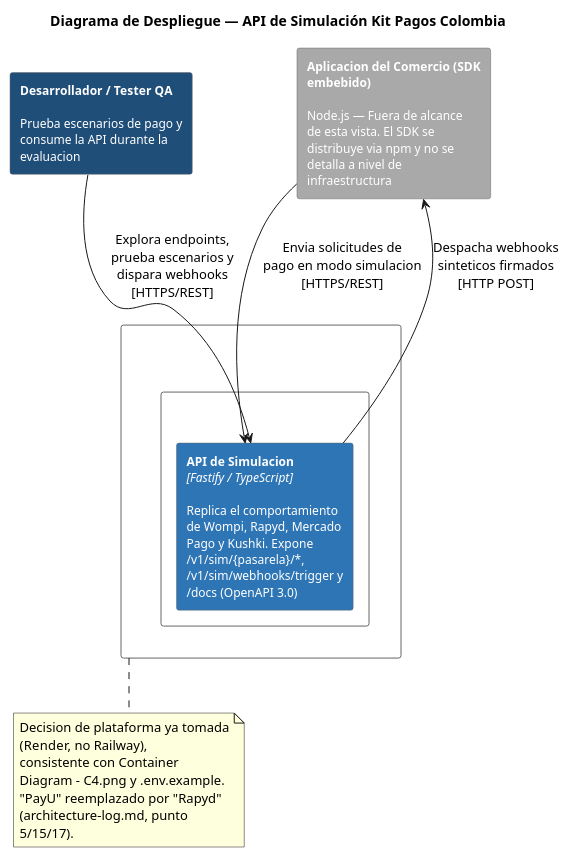
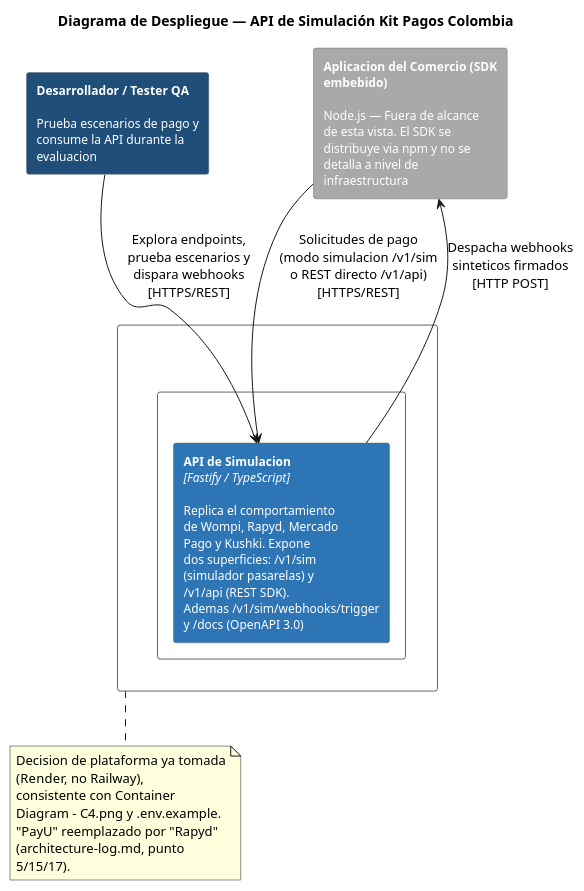
One commit to PurosBrothers/Kit-Pagos-Colombia---Tesis changed the diagram in docs/architecture/Simulador API/diagrams-source/deploy-diagram.puml. Above: the diagram before and after it, drawn with PlantUML. The commit also changed 12 other files, not shown here.

First line of the commit message:
docs(docs): update diagrams

```diff
--- a/docs/architecture/Simulador API/diagrams-source/deploy-diagram.puml
+++ b/docs/architecture/Simulador API/diagrams-source/deploy-diagram.puml
@@ -1,31 +1,31 @@
 @startuml Deploy Diagram - Simulador API
 title Diagrama de Despliegue — API de Simulación Kit Pagos Colombia
 skinparam backgroundColor white
 skinparam rectangleFontSize 12
 skinparam wrapWidth 210
 skinparam rectangle {
   BorderColor #666666
   ArrowColor #666666
   FontColor white
 }
 
 rectangle "**Desarrollador / Tester QA**\n\nPrueba escenarios de pago y\nconsume la API durante la\nevaluacion" as Dev #1F4E79
 rectangle "**Aplicacion del Comercio (SDK embebido)**\n\nNode.js — Fuera de alcance\nde esta vista. El SDK se\ndistribuye via npm y no se\ndetalla a nivel de\ninfraestructura" as Comercio #A9A9A9
 
 rectangle "Plataforma Cloud (Render)\n[Platform as a Service]" as Cloud #FFFFFF {
   rectangle "Instancia de Aplicacion\n[Node.js 18+ Runtime]" as Instance #FFFFFF {
-    rectangle "**API de Simulacion**\n<i>[Fastify / TypeScript]</i>\n\nReplica el comportamiento\nde Wompi, Rapyd, Mercado\nPago y Kushki. Expone\n/v1/sim/{pasarela}/*,\n/v1/sim/webhooks/trigger y\n/docs (OpenAPI 3.0)" as API #2E75B6
+    rectangle "**API de Simulacion**\n<i>[Fastify / TypeScript]</i>\n\nReplica el comportamiento\nde Wompi, Rapyd, Mercado\nPago y Kushki. Expone\ndos superficies: /v1/sim\n(simulador pasarelas) y\n/v1/api (REST SDK).\nAdemas /v1/sim/webhooks/trigger\ny /docs (OpenAPI 3.0)" as API #2E75B6
   }
 }
 
 Dev --> API : Explora endpoints,\nprueba escenarios y\ndispara webhooks\n[HTTPS/REST]
-Comercio --> API : Envia solicitudes de\npago en modo simulacion\n[HTTPS/REST]
+Comercio --> API : Solicitudes de pago\n(modo simulacion /v1/sim\no REST directo /v1/api)\n[HTTPS/REST]
 API --> Comercio : Despacha webhooks\nsinteticos firmados\n[HTTP POST]
 
 note bottom of Cloud
   Decision de plataforma ya tomada (Render, no Railway),
   consistente con Container Diagram - C4.png y .env.example.
   "PayU" reemplazado por "Rapyd" (architecture-log.md, punto 5/15/17).
 end note
 
 @enduml
```
